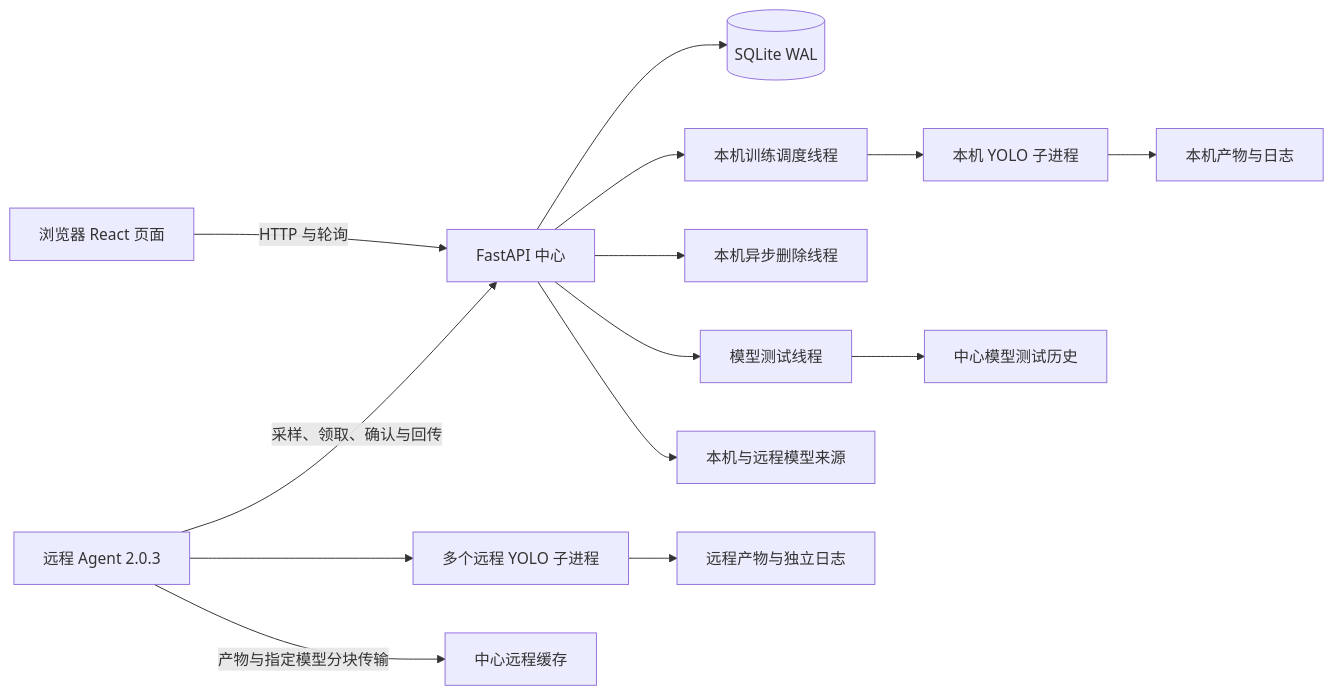
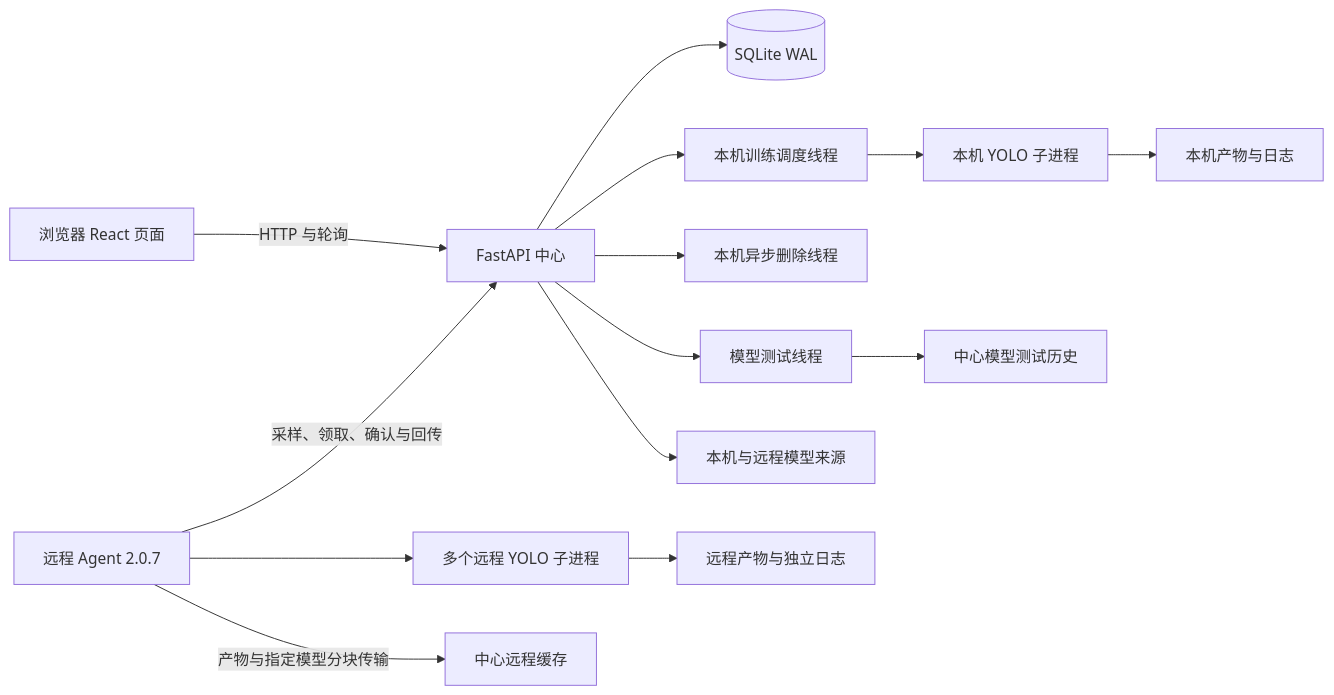
The diagram in docs/project-analysis.md (scsg666g/yolo-xlpt), drawn with Mermaid before and after one commit. The commit also changed other lines of this file and 20 other files, not shown here.

````diff
--- a/docs/project-analysis.md
+++ b/docs/project-analysis.md
@@ -72,16 +78,16 @@
 ```mermaid
 flowchart LR
     UI[浏览器 React 页面] -->|HTTP 与轮询| API[FastAPI 中心]
     API --> DB[(SQLite WAL)]
     API --> S[本机训练调度线程]
     S --> CLI[本机 YOLO 子进程]
     CLI --> FS[本机产物与日志]
     API --> D[本机异步删除线程]
     API --> I[模型测试线程]
     I --> MH[中心模型测试历史]
     API --> MA[本机与远程模型来源]
-    AG[远程 Agent 2.0.3] -->|采样、领取、确认与回传| API
+    AG[远程 Agent 2.0.7] -->|采样、领取、确认与回传| API
     AG --> RC[多个远程 YOLO 子进程]
     RC --> RF[远程产物与独立日志]
     AG -->|产物与指定模型分块传输| CACHE[中心远程缓存]
 ```
````
